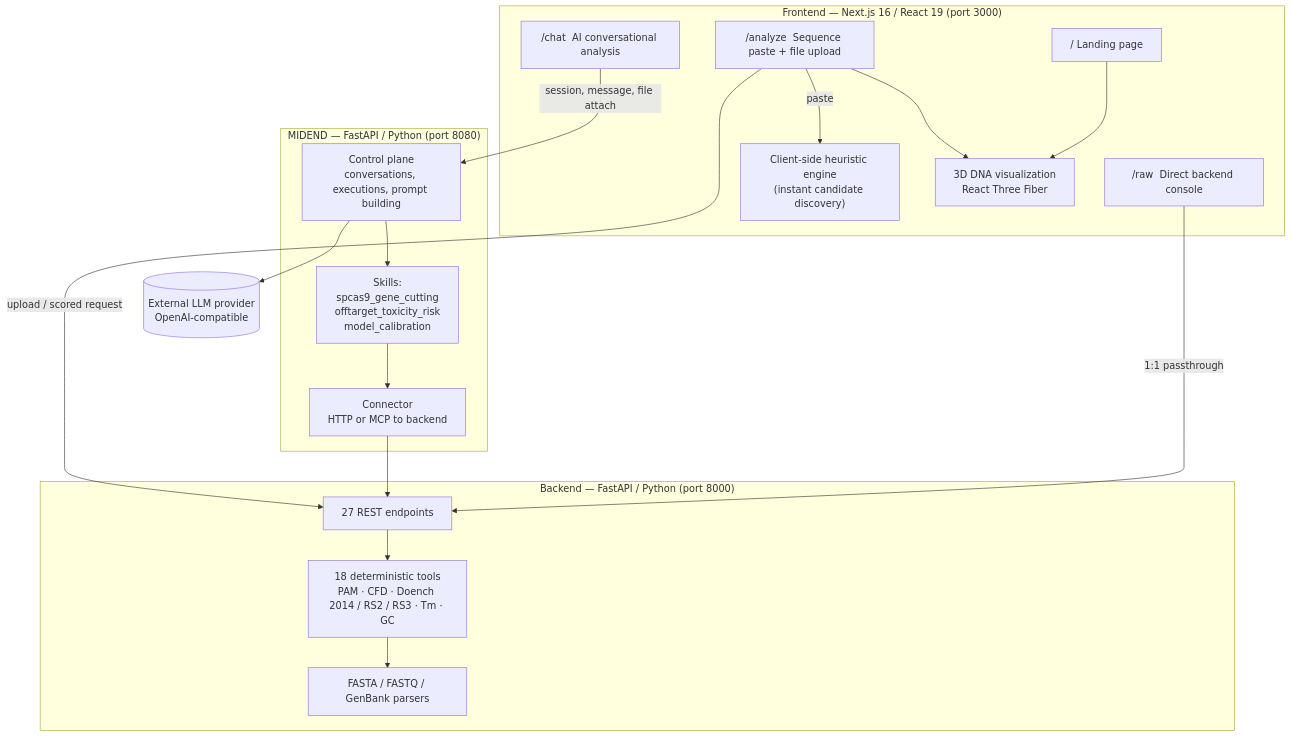
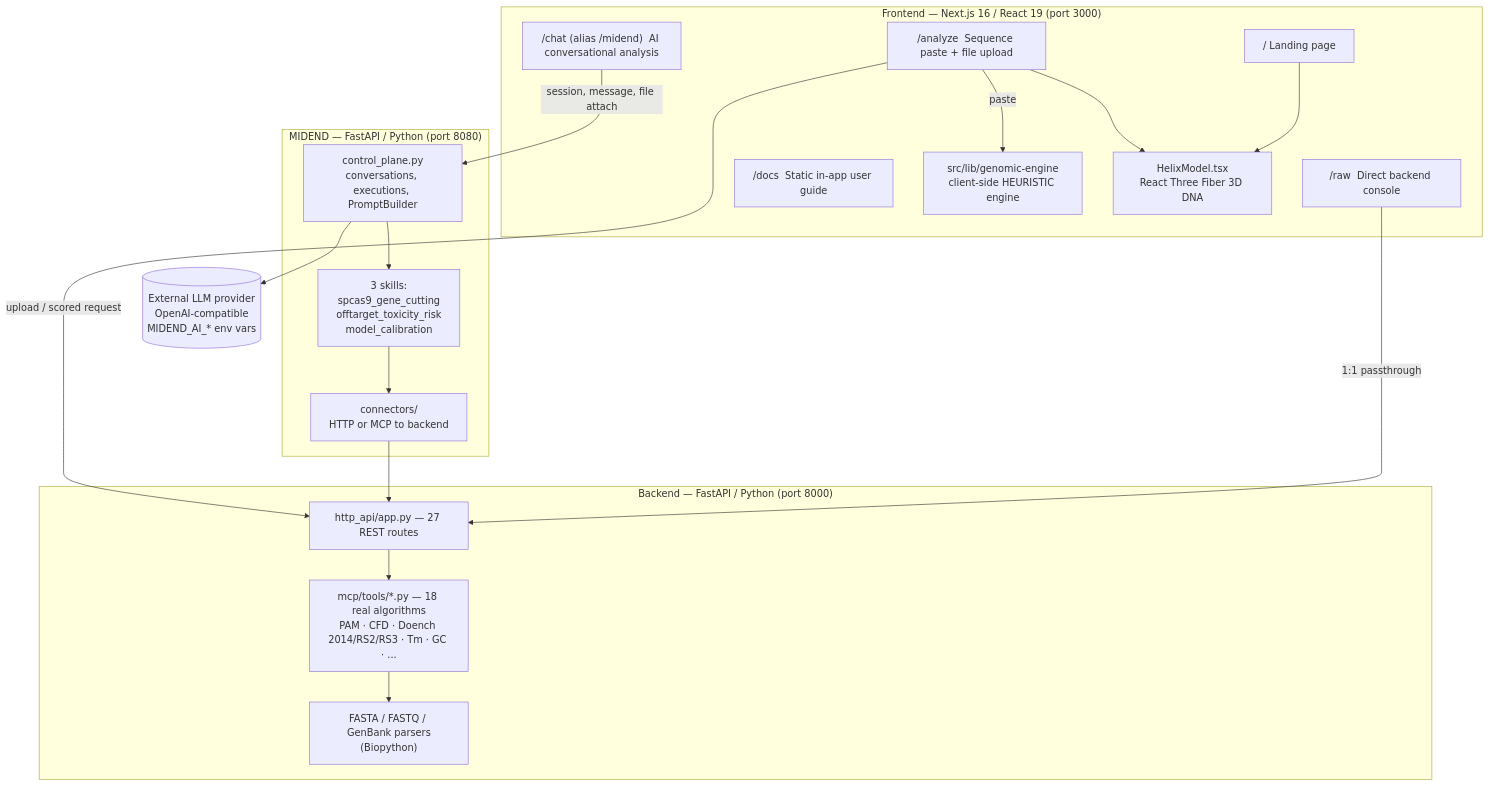
The diagram in README.md (Jean-Regis-M/Veyra), drawn with Mermaid before and after one commit. The commit also changed other lines of this file, not shown here.

````diff
--- a/README.md
+++ b/README.md
@@ -41,39 +109,40 @@
 ```mermaid
 flowchart TB
     subgraph Frontend["Frontend — Next.js 16 / React 19 (port 3000)"]
         Landing["/  Landing page"]
         Analyze["/analyze  Sequence paste + file upload"]
-        Chat["/chat  AI conversational analysis"]
+        Chat["/chat (alias /midend)  AI conversational analysis"]
         Raw["/raw  Direct backend console"]
-        GenomicEngine["Client-side heuristic engine\n(instant candidate discovery)"]
-        Helix["3D DNA visualization\nReact Three Fiber"]
+        Docs["/docs  Static in-app user guide"]
+        GenomicEngine["src/lib/genomic-engine\nclient-side HEURISTIC engine"]
+        Helix["HelixModel.tsx\nReact Three Fiber 3D DNA"]
     end
 
     subgraph Midend["MIDEND — FastAPI / Python (port 8080)"]
-        ControlPlane["Control plane\nconversations, executions, prompt building"]
-        Skills["Skills:\nspcas9_gene_cutting\nofftarget_toxicity_risk\nmodel_calibration"]
-        Connector["Connector\nHTTP or MCP to backend"]
+        ControlPlane["control_plane.py\nconversations, executions, PromptBuilder"]
+        Skills["3 skills:\nspcas9_gene_cutting\nofftarget_toxicity_risk\nmodel_calibration"]
+        Connector["connectors/\nHTTP or MCP to backend"]
     end
 
     subgraph Backend["Backend — FastAPI / Python (port 8000)"]
-        HttpApi["27 REST endpoints"]
-        Tools["18 deterministic tools\nPAM · CFD · Doench 2014 / RS2 / RS3 · Tm · GC"]
-        Parsers["FASTA / FASTQ / GenBank parsers"]
+        HttpApi["http_api/app.py — 27 REST routes"]
+        Tools["mcp/tools/*.py — 18 real algorithms\nPAM · CFD · Doench 2014/RS2/RS3 · Tm · GC · ..."]
+        Parsers["FASTA / FASTQ / GenBank parsers\n(Biopython)"]
     end
 
-    LLM[("External LLM provider\nOpenAI-compatible")]
+    LLM[("External LLM provider\nOpenAI-compatible\nMIDEND_AI_* env vars")]
 
     Analyze -->|paste| GenomicEngine
     Analyze -->|"upload / scored request"| HttpApi
     Analyze --> Helix
     Landing --> Helix
 
     Chat -->|"session, message, file attach"| ControlPlane
     ControlPlane --> Skills --> Connector --> HttpApi
     ControlPlane --> LLM
 
     Raw -->|"1:1 passthrough"| HttpApi
 
     HttpApi --> Tools
     Tools --> Parsers
 ```
````
